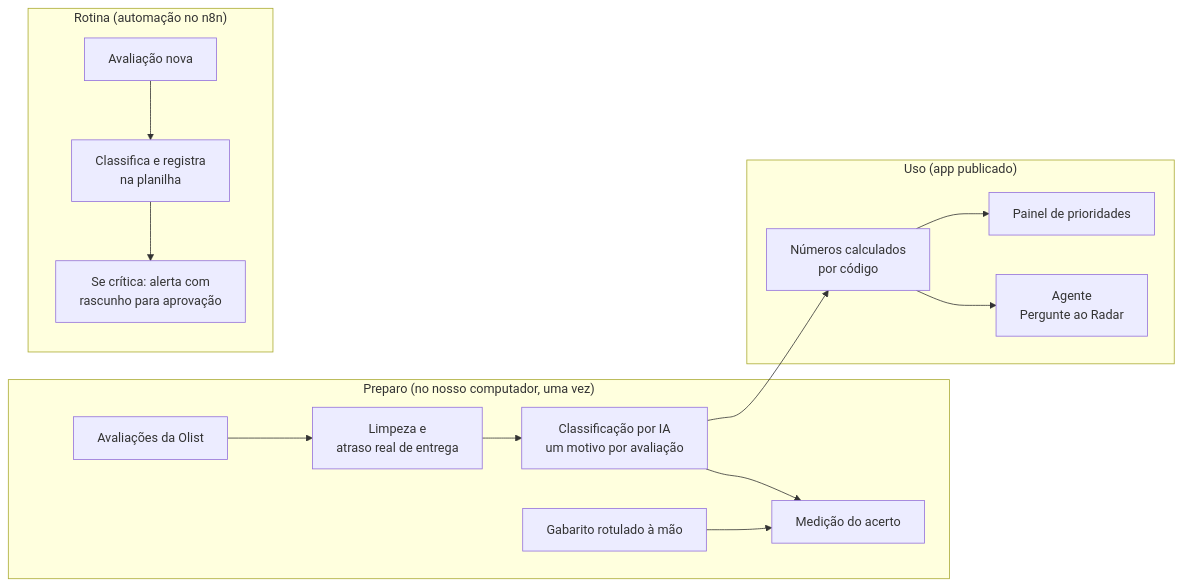
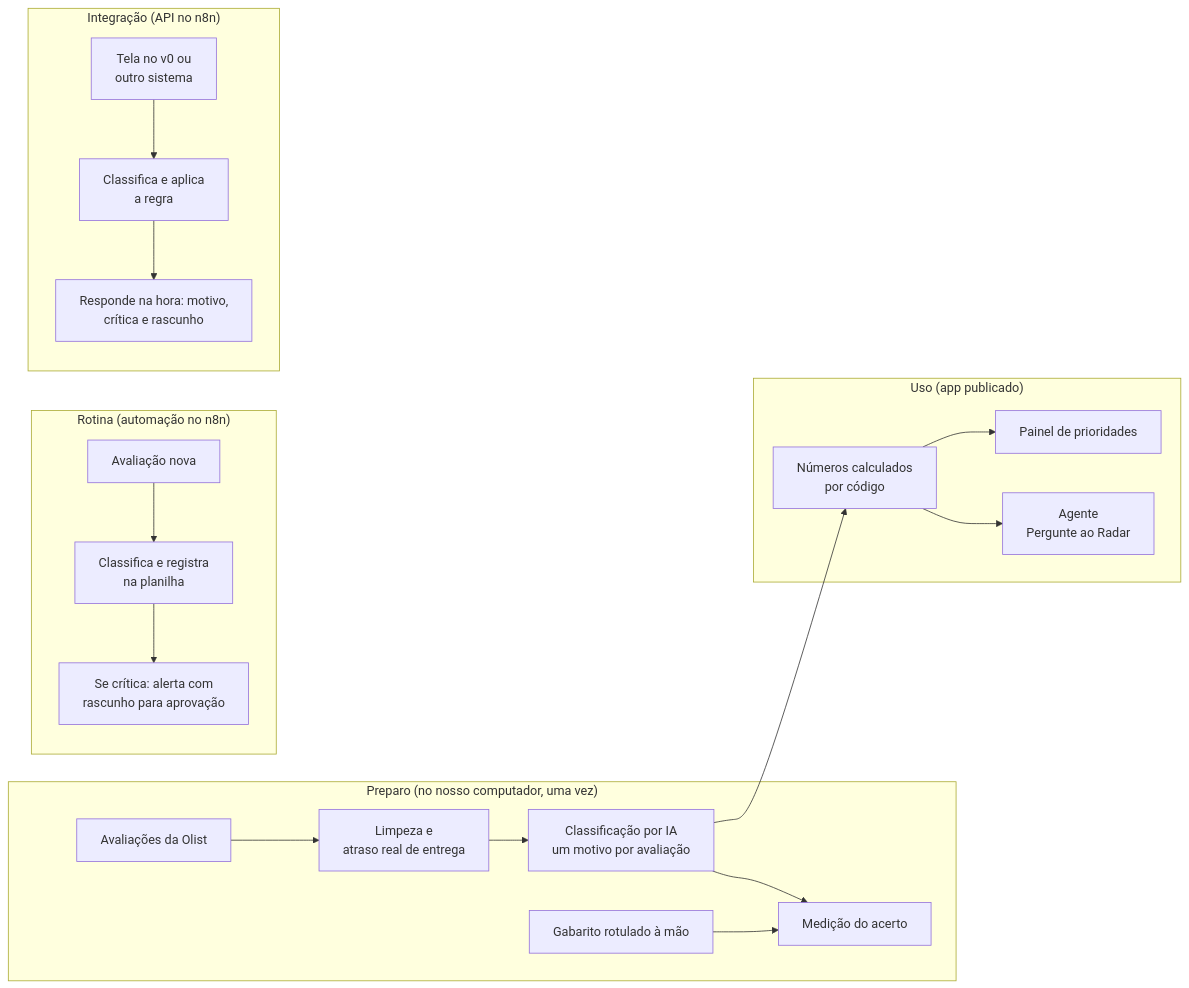
The diagram in README.md (ClausMoreira/radar-de-avaliacoes), drawn with Mermaid before and after one commit. The commit also changed other lines of this file and 6 other files, not shown here.

Commit message:
API do Radar no n8n, tela de teste no v0 e medição: 58 de 60 pela API

````diff
--- a/README.md
+++ b/README.md
@@ -71,18 +75,22 @@
 ```mermaid
 flowchart LR
     subgraph Preparo["Preparo (no nosso computador, uma vez)"]
         A[Avaliações da Olist] --> B[Limpeza e<br/>atraso real de entrega]
         B --> C[Classificação por IA<br/>um motivo por avaliação]
         G[Gabarito rotulado à mão] --> E[Medição do acerto]
         C --> E
     end
     subgraph Uso["Uso (app publicado)"]
         C --> M[Números calculados<br/>por código]
         M --> P[Painel de prioridades]
         M --> F[Agente<br/>Pergunte ao Radar]
     end
     subgraph Rotina["Rotina (automação no n8n)"]
         N[Avaliação nova] --> O[Classifica e registra<br/>na planilha]
         O --> Q[Se crítica: alerta com<br/>rascunho para aprovação]
     end
+    subgraph Integracao["Integração (API no n8n)"]
+        T[Tela no v0 ou<br/>outro sistema] --> U[Classifica e aplica<br/>a regra]
+        U --> V[Responde na hora: motivo,<br/>crítica e rascunho]
+    end
 ```
````
